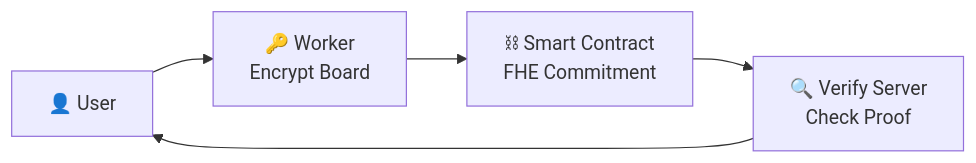
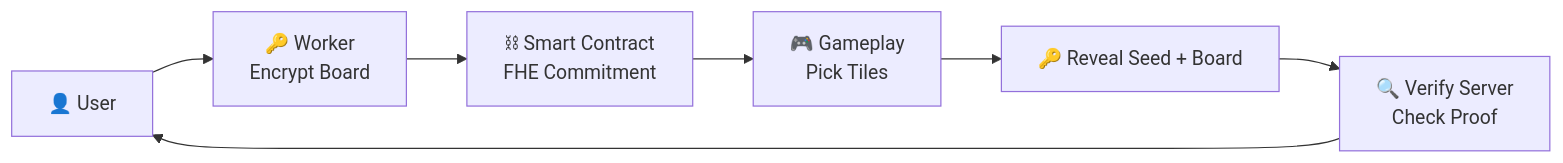
Before and after one commit to phamnhungoctuan/Confidential-Mines-Repo: the diagram in README.md, drawn with Mermaid. The commit also changed other lines of this file and 1 other file, not shown here.

````diff
--- a/README.md
+++ b/README.md
@@ -12,7 +28,9 @@
 ```mermaid
 flowchart LR
     U[👤 User] --> W[🔑 Worker<br/>Encrypt Board]
     W --> C[⛓ Smart Contract<br/>FHE Commitment]
-    C --> V[🔍 Verify Server<br/>Check Proof]
+    C --> G[🎮 Gameplay<br/>Pick Tiles]
+    G --> R[🔑 Reveal Seed + Board]
+    R --> V[🔍 Verify Server<br/>Check Proof]
     V --> U
 ```
````
